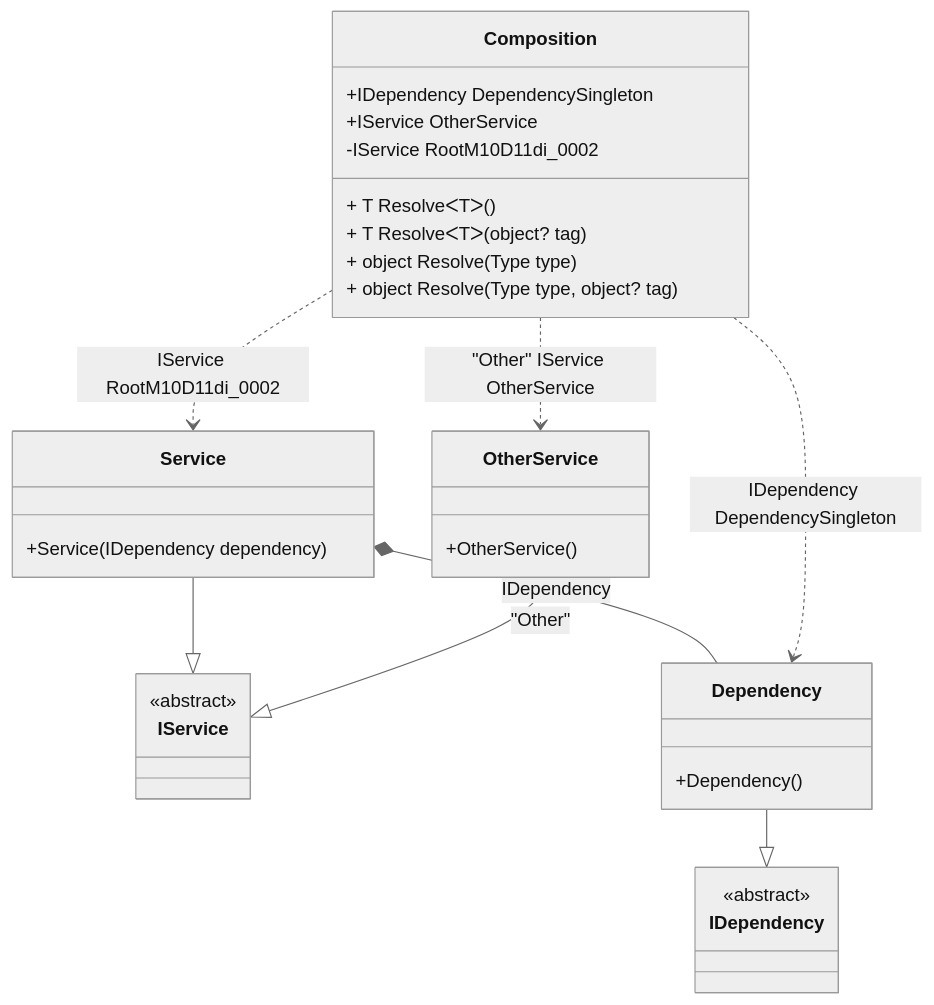
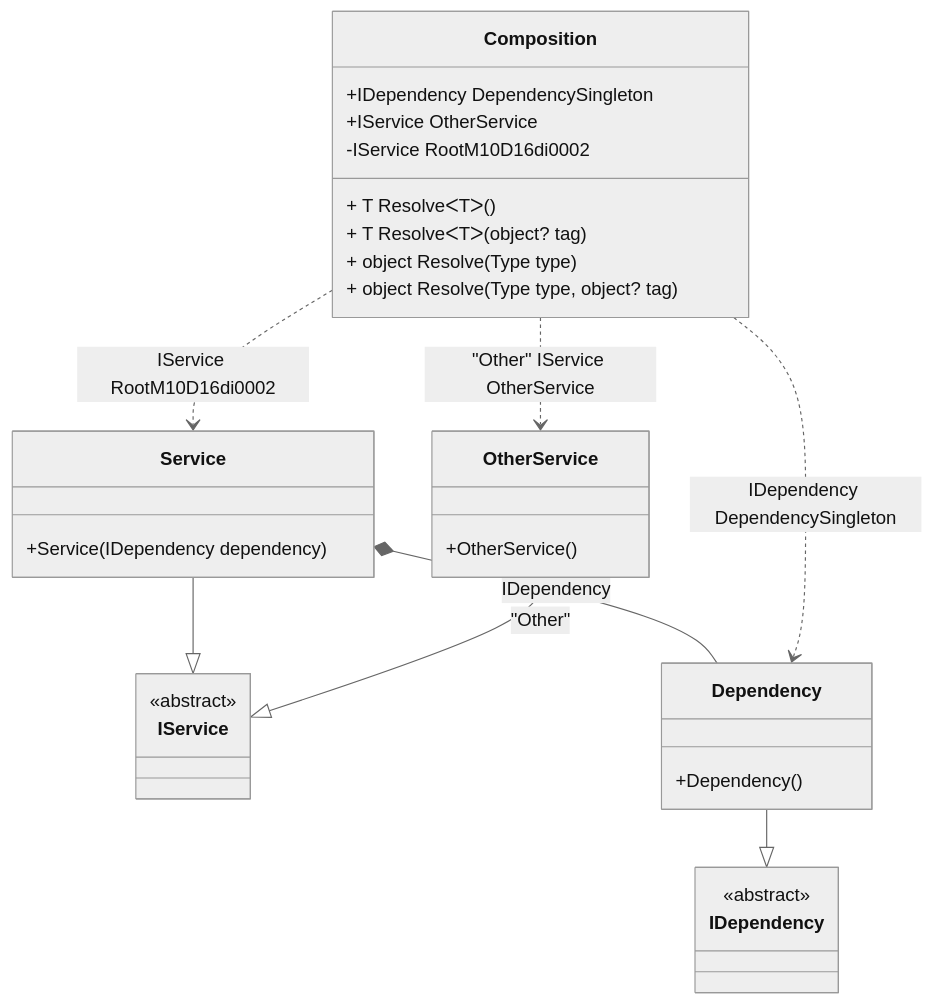
One commit to DevTeam/Pure.DI changed the diagram in readme/resolve-methods.md. Above: the diagram before and after it, drawn with Mermaid (neutral theme). The commit also changed other lines of this file and 65 other files, not shown here.

````diff
--- a/readme/resolve-methods.md
+++ b/readme/resolve-methods.md
@@ -47,34 +47,34 @@
 ```mermaid
 classDiagram
   class Composition {
     +IDependency DependencySingleton
     +IService OtherService
-    -IService RootM10D11di_0002
+    -IService RootM10D16di0002
     + T ResolveᐸTᐳ()
     + T ResolveᐸTᐳ(object? tag)
     + object Resolve(Type type)
     + object Resolve(Type type, object? tag)
   }
   Service --|> IService : 
   class Service {
     +Service(IDependency dependency)
   }
   Dependency --|> IDependency : 
   class Dependency {
     +Dependency()
   }
   OtherService --|> IService : "Other" 
   class OtherService {
     +OtherService()
   }
   class IService {
     <<abstract>>
   }
   class IDependency {
     <<abstract>>
   }
   Service *--  Dependency : IDependency
   Composition ..> Dependency : IDependency DependencySingleton
-  Composition ..> Service : IService RootM10D11di_0002
+  Composition ..> Service : IService RootM10D16di0002
   Composition ..> OtherService : "Other" IService OtherService
 ```
````
